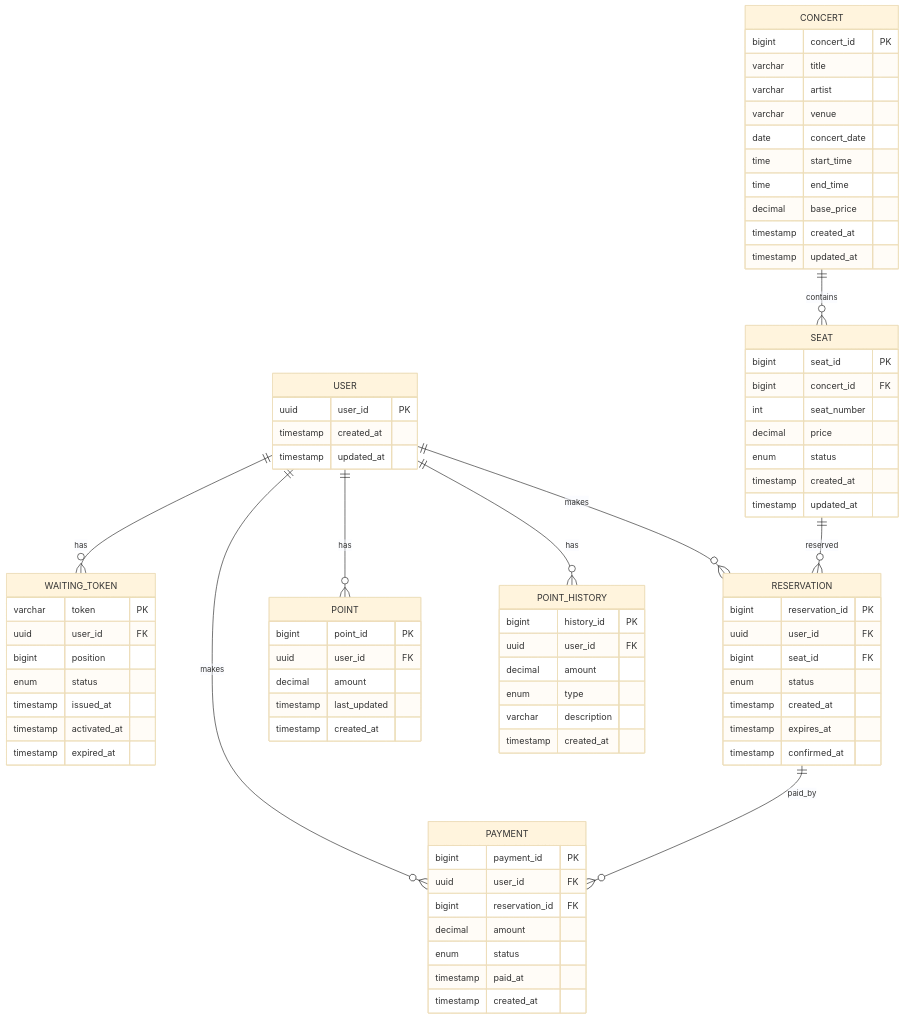
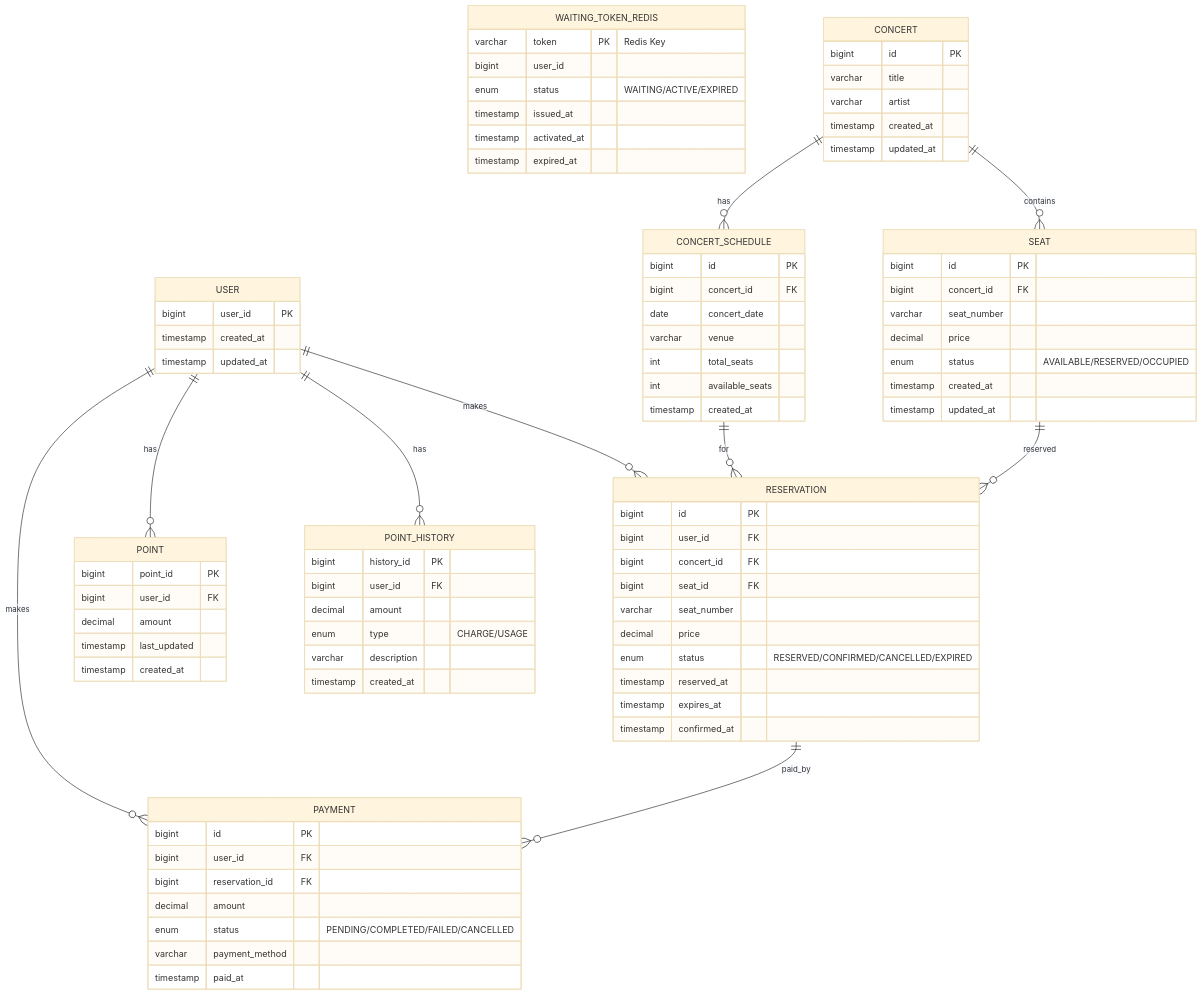
Before and after one commit to hanghae99-backend/2-SERVICE: the fifth of 5 diagrams in README.md, drawn with Mermaid (base theme). The commit also changed other lines of this file and 4 other files, not shown here.

````diff
--- a/README.md
+++ b/README.md
@@ -174,67 +207,74 @@
 ```mermaid
 erDiagram
     USER {
-        uuid user_id PK
+        bigint user_id PK
         timestamp created_at
         timestamp updated_at
     }
     
-    WAITING_TOKEN {
-        varchar token PK
-        uuid user_id FK
-        bigint position
-        enum status
+    WAITING_TOKEN_REDIS {
+        varchar token PK "Redis Key"
+        bigint user_id
+        enum status "WAITING/ACTIVE/EXPIRED"
         timestamp issued_at
         timestamp activated_at
         timestamp expired_at
     }
     
     CONCERT {
-        bigint concert_id PK
+        bigint id PK
         varchar title
         varchar artist
-        varchar venue
-        date concert_date
-        time start_time
-        time end_time
-        decimal base_price
         timestamp created_at
         timestamp updated_at
     }
     
+    CONCERT_SCHEDULE {
+        bigint id PK
+        bigint concert_id FK
+        date concert_date
+        varchar venue
+        int total_seats
+        int available_seats
+        timestamp created_at
+    }
+    
     SEAT {
-        bigint seat_id PK
+        bigint id PK
         bigint concert_id FK
-        int seat_number
+        varchar seat_number
         decimal price
-        enum status
+        enum status "AVAILABLE/RESERVED/OCCUPIED"
         timestamp created_at
         timestamp updated_at
     }
     
     RESERVATION {
-        bigint reservation_id PK
-        uuid user_id FK
+        bigint id PK
+        bigint user_id FK
+        bigint concert_id FK
         bigint seat_id FK
-        enum status
-        timestamp created_at
+        varchar seat_number
+        decimal price
+        enum status "RESERVED/CONFIRMED/CANCELLED/EXPIRED"
+        timestamp reserved_at
         timestamp expires_at
         timestamp confirmed_at
     }
     
     PAYMENT {
-        bigint payment_id PK
-        uuid user_id FK
+        bigint id PK
+        bigint user_id FK
         bigint reservation_id FK
         decimal amount
-        enum status
+        enum status "PENDING/COMPLETED/FAILED/CANCELLED"
+        varchar payment_method
         timestamp paid_at
-        timestamp created_at
     }
     
     POINT {
         bigint point_id PK
-        uuid user_id FK
+        bigint user_id FK
         decimal amount
         timestamp last_updated
         timestamp created_at
@@ -242,19 +282,20 @@
     
     POINT_HISTORY {
         bigint history_id PK
-        uuid user_id FK
+        bigint user_id FK
         decimal amount
-        enum type
+        enum type "CHARGE/USAGE"
         varchar description
         timestamp created_at
     }
     
-    USER ||--o{ WAITING_TOKEN : "has"
     USER ||--o{ POINT : "has"
     USER ||--o{ POINT_HISTORY : "has"
     USER ||--o{ RESERVATION : "makes"
     USER ||--o{ PAYMENT : "makes"
+    CONCERT ||--o{ CONCERT_SCHEDULE : "has"
     CONCERT ||--o{ SEAT : "contains"
+    CONCERT_SCHEDULE ||--o{ RESERVATION : "for"
     SEAT ||--o{ RESERVATION : "reserved"
     RESERVATION ||--o{ PAYMENT : "paid_by"
 ```
````
